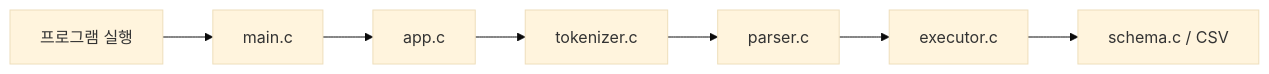
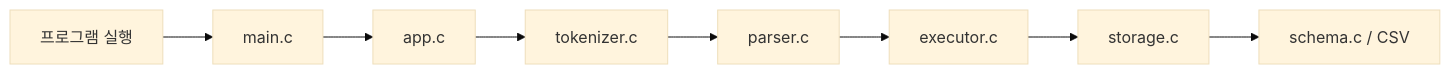
One commit to Jungle-12-303/week6-team5-sql changed the second of 4 diagrams in README.md. Above: the diagram before and after it, drawn with Mermaid (base theme). The commit also changed other lines of this file, not shown here.

````diff
--- a/README.md
+++ b/README.md
@@ -29,9 +33,10 @@
 ```mermaid
 flowchart LR
     A["프로그램 실행"] --> B["main.c"]
     B --> C["app.c"]
     C --> D["tokenizer.c"]
     D --> E["parser.c"]
     E --> F["executor.c"]
-    F --> G["schema.c / CSV"]
+    F --> G["storage.c"]
+    G --> H["schema.c / CSV"]
 ```
````
